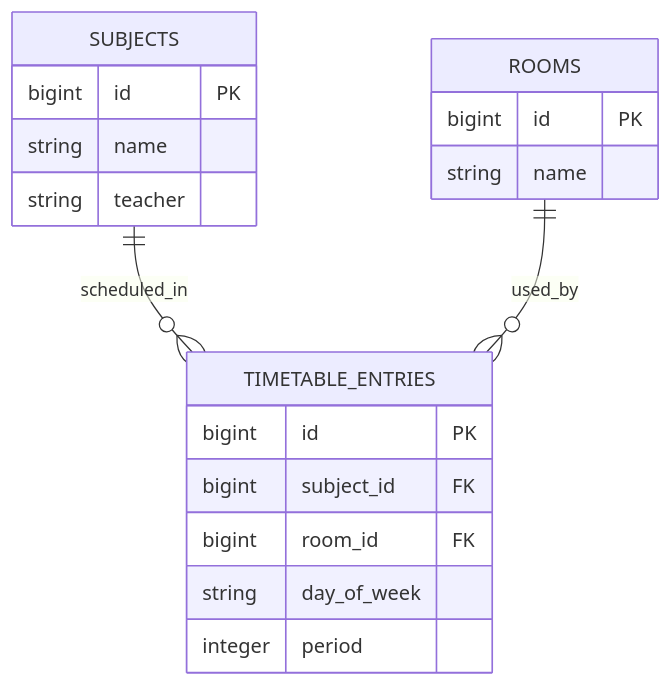
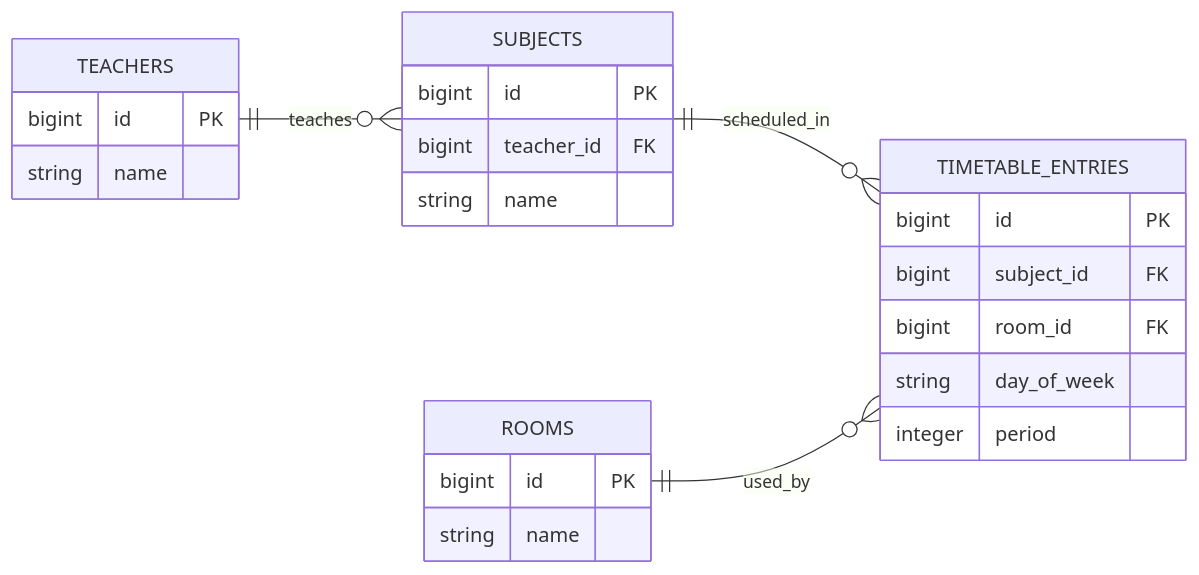
The eighth of 8 diagrams in 02/stretch.md (TORIFUKUKaiou/rails-dojo-year2-content), drawn with Mermaid before and after one commit. The commit also changed other lines of this file and 1 other file, not shown here.

Commit message:
Add direction LR to all erDiagram blocks, add PK/FK and line notation docs to week 02 orientation

````diff
--- a/02/stretch.md
+++ b/02/stretch.md
@@ -497,24 +504,31 @@
 ```mermaid
 erDiagram
+    direction LR
     SUBJECTS ||--o{ TIMETABLE_ENTRIES : scheduled_in
+    TEACHERS ||--o{ SUBJECTS : teaches
     ROOMS ||--o{ TIMETABLE_ENTRIES : used_by
+
+    TEACHERS {
+        bigint id PK
+        string name
+    }
 
     SUBJECTS {
         bigint id PK
+        bigint teacher_id FK
         string name
-        string teacher
     }
 
     ROOMS {
         bigint id PK
         string name
     }
 
     TIMETABLE_ENTRIES {
         bigint id PK
         bigint subject_id FK
         bigint room_id FK
         string day_of_week
         integer period
     }
 ```
````
